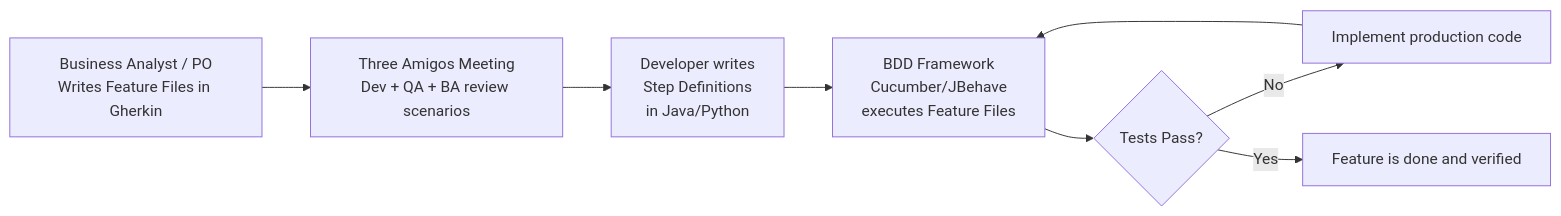
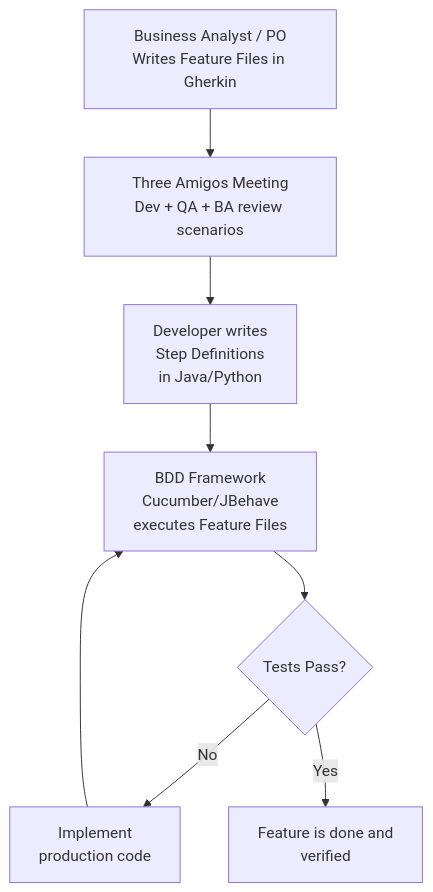
Before and after one commit to amitdevx/TY: the second of 4 diagrams in 02-Semester-VI/CS-371-VSC-P-Agile-Processes/Unit-5.md, drawn with Mermaid. The commit also changed other lines of this file and 65 other files, not shown here.

Commit message:
fix:graph vertical

````diff
--- a/02-Semester-VI/CS-371-VSC-P-Agile-Processes/Unit-5.md
+++ b/02-Semester-VI/CS-371-VSC-P-Agile-Processes/Unit-5.md
@@ -184,10 +184,10 @@
 ```mermaid
-flowchart LR
+flowchart TD
     A["Business Analyst / PO<br/>Writes Feature Files in Gherkin"] --> B["Three Amigos Meeting<br/>Dev + QA + BA review scenarios"]
     B --> C["Developer writes<br/>Step Definitions<br/>in Java/Python"]
     C --> D["BDD Framework<br/>Cucumber/JBehave<br/>executes Feature Files"]
     D --> E{Tests Pass?}
-    E -->|No| F[Implement production code]
+    E -->|No| F[Implement<br/>production code]
     F --> D
-    E -->|Yes| G[Feature is done and verified]
+    E -->|Yes| G[Feature is done and<br/>verified]
 ```
````
